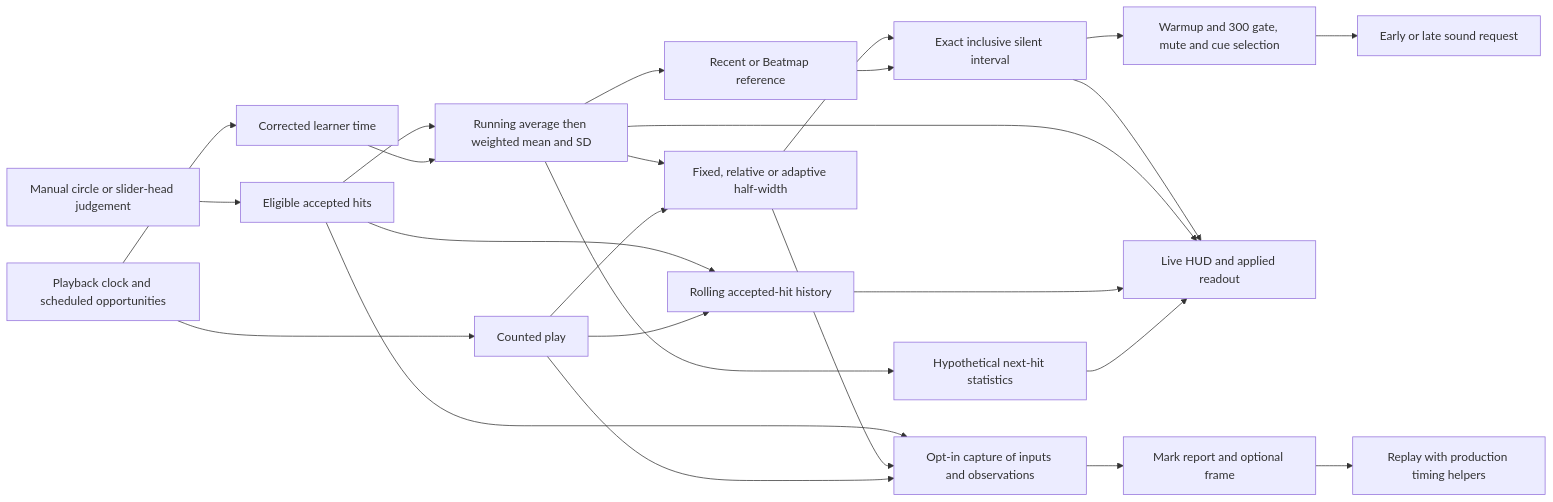
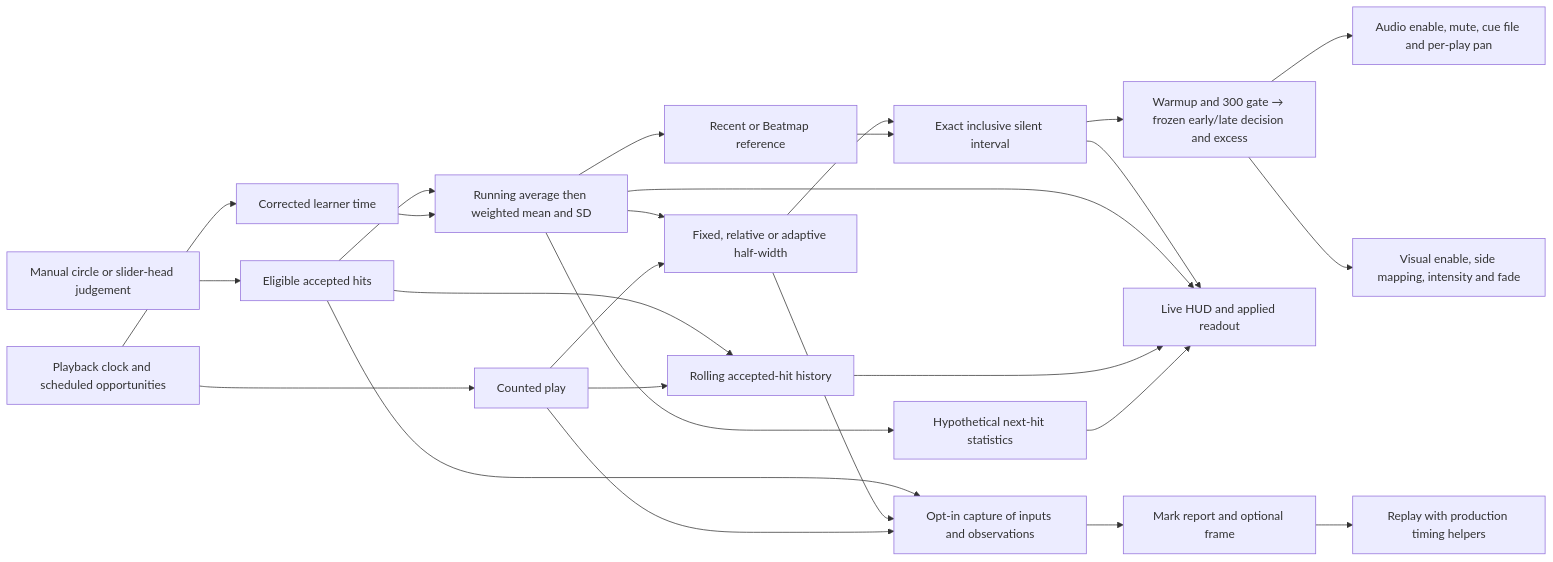
Before and after one commit to igeorges1/McOsu: the diagram in docs/timing-audio.md, drawn with Mermaid. The commit also changed other lines of this file and 25 other files, not shown here.

````diff
--- a/docs/timing-audio.md
+++ b/docs/timing-audio.md
@@ -9,27 +11,28 @@
 ```mermaid
 flowchart LR
     A["Manual circle or slider-head judgement"] --> B["Eligible accepted hits"]
     T["Playback clock and scheduled opportunities"] --> C["Corrected learner time"]
     T --> I["Counted play"]
     B --> L["Running average then weighted mean and SD"]
     C --> L
     L --> R["Recent or Beatmap reference"]
     L --> W["Fixed, relative or adaptive half-width"]
     I --> W
     W --> X["Exact inclusive silent interval"]
     R --> X
-    X --> Q["Warmup and 300 gate, mute and cue selection"]
-    Q --> S["Early or late sound request"]
+    X --> Q["Warmup and 300 gate → frozen early/late decision and excess"]
+    Q --> S["Audio enable, mute, cue file and per-play pan"]
+    Q --> J["Visual enable, side mapping, intensity and fade"]
     X --> H["Live HUD and applied readout"]
     B --> D["Rolling accepted-hit history"]
     I --> D
     L --> F["Hypothetical next-hit statistics"]
     L --> H
     D --> H
     F --> H
     B --> P["Opt-in capture of inputs and observations"]
     W --> P
     I --> P
     P --> M["Mark report and optional frame"]
     M --> V["Replay with production timing helpers"]
 ```
````
